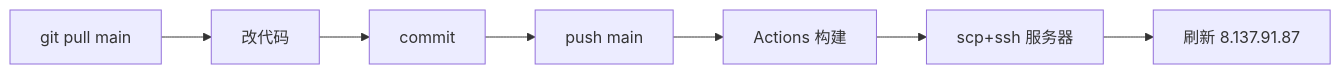
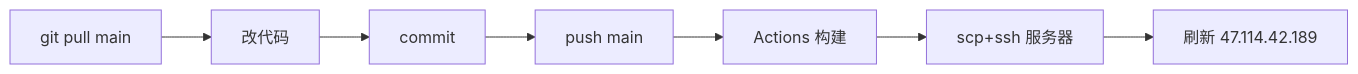
Before and after one commit to T-an-H/first-ancient: the fifth of 5 diagrams in 更新公告与共创者上传教程/部署过程.md, drawn with Mermaid. The commit also changed other lines of this file and 3 other files, not shown here.

````diff
--- a/更新公告与共创者上传教程/部署过程.md
+++ b/更新公告与共创者上传教程/部署过程.md
@@ -292,5 +292,5 @@
 ```mermaid
 flowchart LR
   P1["git pull main"] --> P2["改代码"] --> P3["commit"] --> P4["push main"]
-  P4 --> P5["Actions 构建"] --> P6["scp+ssh 服务器"] --> P7["刷新 8.137.91.87"]
+  P4 --> P5["Actions 构建"] --> P6["scp+ssh 服务器"] --> P7["刷新 47.114.42.189"]
 ```
````
